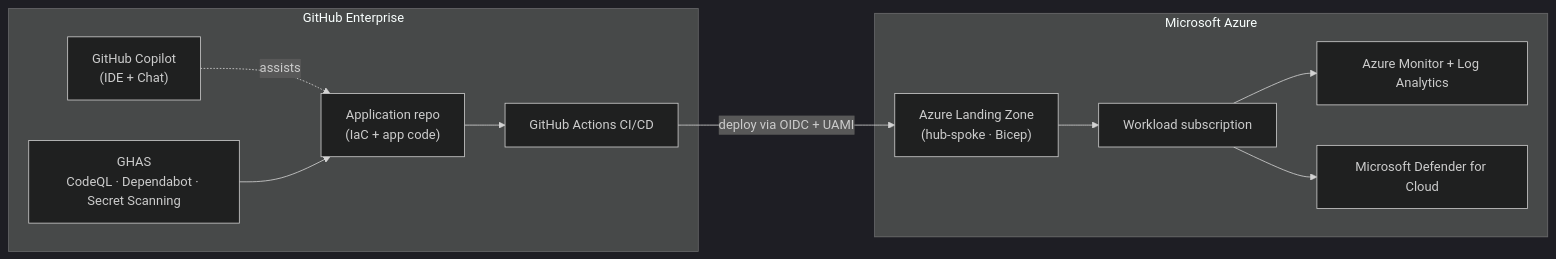
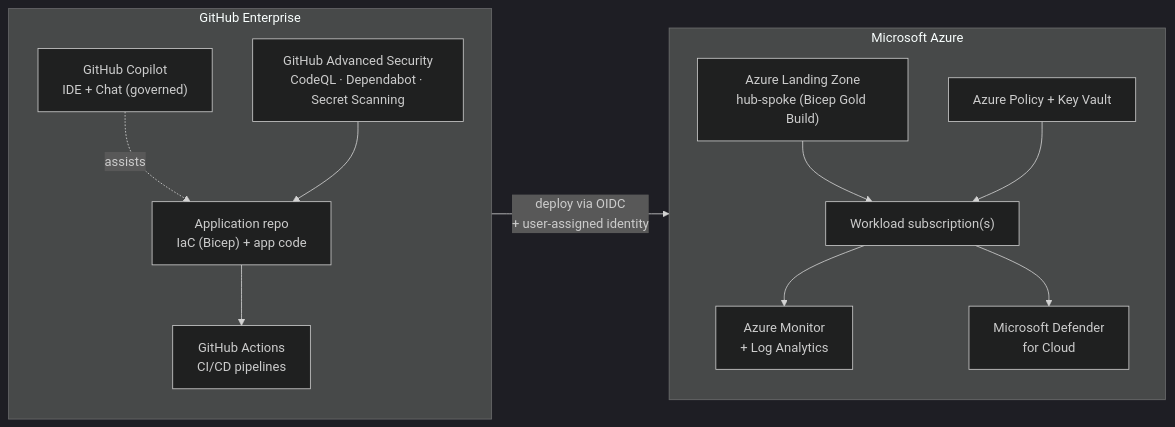
Before and after one commit to fspconsulting-devsecops-public/fsp-devsecops-practice: the first of 4 diagrams in README.md, drawn with Mermaid (dark theme). The commit also changed other lines of this file and 1 other file, not shown here.

Commit message:
Refresh public landing page (v1.1.0): add platform reference architecture, hub-spoke ALZ topology, secure delivery pipeline, and Well-Architected 5-pillar diagrams + WAF alignment section

````diff
--- a/README.md
+++ b/README.md
@@ -75,22 +79,26 @@
 ```mermaid
 flowchart LR
     subgraph GH["GitHub Enterprise"]
-        Repo["Application repo<br/>(IaC + app code)"]
-        Actions["GitHub Actions CI/CD"]
-        GHAS["GHAS<br/>CodeQL · Dependabot · Secret Scanning"]
-        Copilot["GitHub Copilot<br/>(IDE + Chat)"]
+        direction TB
+        Repo["Application repo<br/>IaC (Bicep) + app code"]
+        Actions["GitHub Actions<br/>CI/CD pipelines"]
+        GHAS["GitHub Advanced Security<br/>CodeQL · Dependabot · Secret Scanning"]
+        Copilot["GitHub Copilot<br/>IDE + Chat (governed)"]
     end
     subgraph AZ["Microsoft Azure"]
-        ALZ["Azure Landing Zone<br/>(hub-spoke · Bicep)"]
-        Workload["Workload subscription"]
-        Monitor["Azure Monitor + Log Analytics"]
-        Defender["Microsoft Defender for Cloud"]
+        direction TB
+        ALZ["Azure Landing Zone<br/>hub-spoke (Bicep Gold Build)"]
+        Workload["Workload subscription(s)"]
+        Monitor["Azure Monitor<br/>+ Log Analytics"]
+        Defender["Microsoft Defender<br/>for Cloud"]
+        Policy["Azure Policy + Key Vault"]
     end
     Copilot -.assists.-> Repo
+    GHAS --> Repo
     Repo --> Actions
-    GHAS --> Repo
-    Actions -->|"deploy via OIDC + UAMI"| ALZ
+    Actions -->|"deploy via OIDC<br/>+ user-assigned identity"| ALZ
     ALZ --> Workload
+    Policy --> Workload
     Workload --> Monitor
     Workload --> Defender
 ```
````
